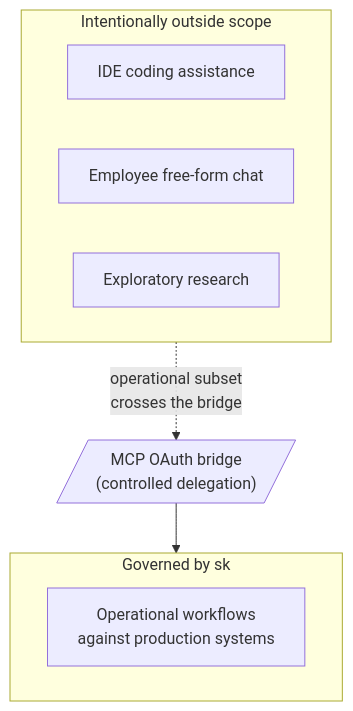
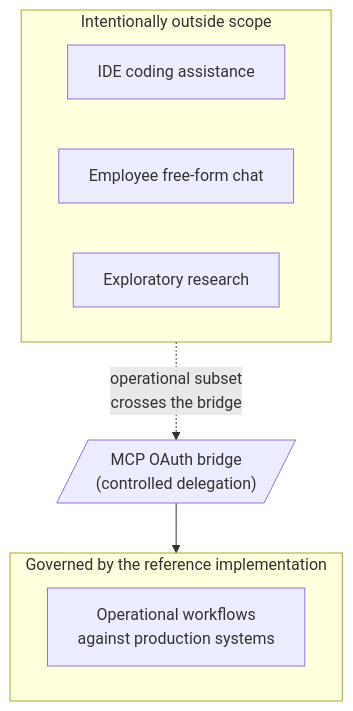
One commit to MikeBild/subkit changed the first of 3 diagrams in docs/positioning.md. Above: the diagram before and after it, drawn with Mermaid. The commit also changed other lines of this file and 10 other files, not shown here.

````diff
--- a/docs/positioning.md
+++ b/docs/positioning.md
@@ -21,14 +21,14 @@
 ```mermaid
 flowchart TB
-    subgraph governed["Governed by sk"]
+    subgraph governed["Governed by the reference implementation"]
         Ops["Operational workflows<br/>against production systems"]
     end
     subgraph free["Intentionally outside scope"]
         Code["IDE coding assistance"]
         Chat["Employee free-form chat"]
         Research["Exploratory research"]
     end
     Bridge[/"MCP OAuth bridge<br/>(controlled delegation)"/]
     free -. "operational subset<br/>crosses the bridge" .-> Bridge
     Bridge --> governed
 ```
````
